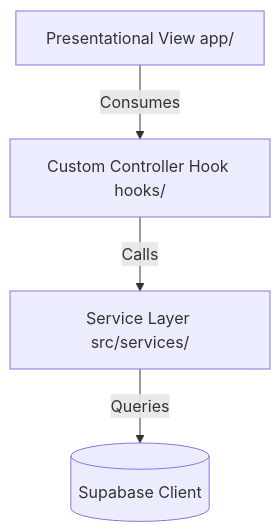
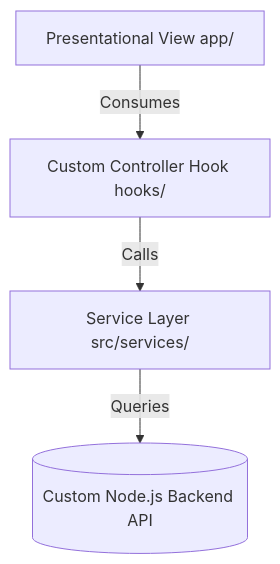
The diagram in README.md (campus-nest/campusnest), drawn with Mermaid before and after one commit. The commit also changed other lines of this file and 24 other files, not shown here.

Commit message:
Custom Backend (#101)

````diff
--- a/README.md
+++ b/README.md
@@ -39,6 +39,6 @@
 ```mermaid
 graph TD
     View[Presentational View app/] -->|Consumes| Hook[Custom Controller Hook hooks/]
     Hook -->|Calls| Service[Service Layer src/services/]
-    Service -->|Queries| Supabase[(Supabase Client)]
+    Service -->|Queries| Backend[(Custom Node.js Backend API)]
 ```
````
